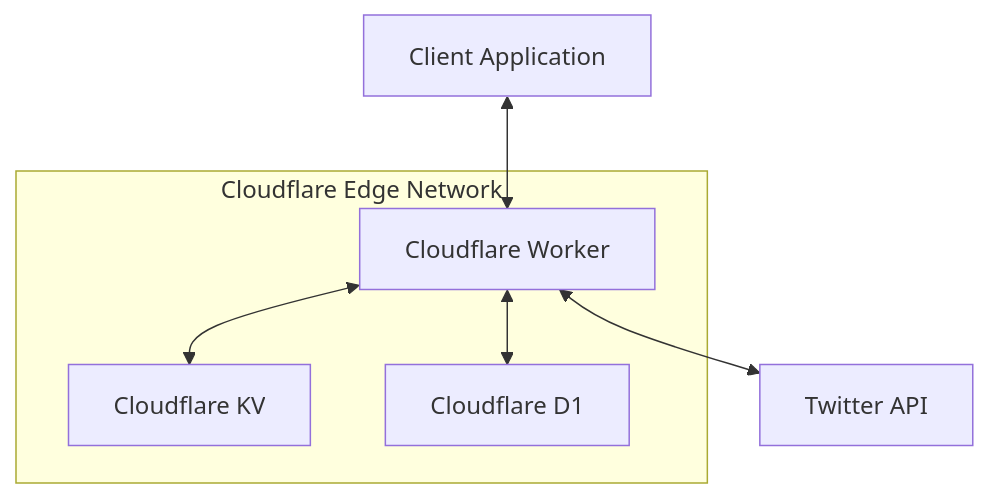
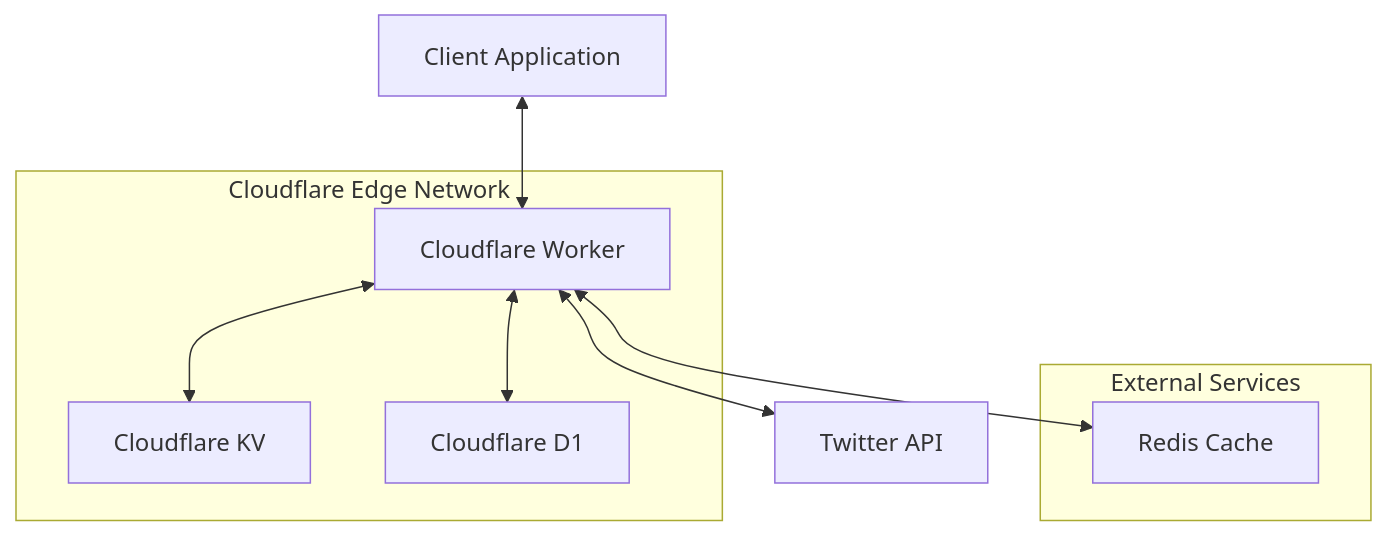
Before and after one commit to open-crosspost/open-crosspost-proxy-service: the first of 13 diagrams in memory-bank/systemPatterns.md, drawn with Mermaid. The commit also changed other lines of this file and 12 other files, not shown here.

````diff
--- a/memory-bank/systemPatterns.md
+++ b/memory-bank/systemPatterns.md
@@ -7,13 +7,18 @@
 ```mermaid
 flowchart TD
     Client[Client Application] <--> Worker[Cloudflare Worker]
     Worker <--> Twitter[Twitter API]
     Worker <--> KV[Cloudflare KV]
     Worker <--> D1[Cloudflare D1]
+    Worker <--> Redis[Redis Cache]
     
     subgraph "Cloudflare Edge Network"
         Worker
         KV
         D1
     end
+    
+    subgraph "External Services"
+        Redis
+    end
 ```
````
